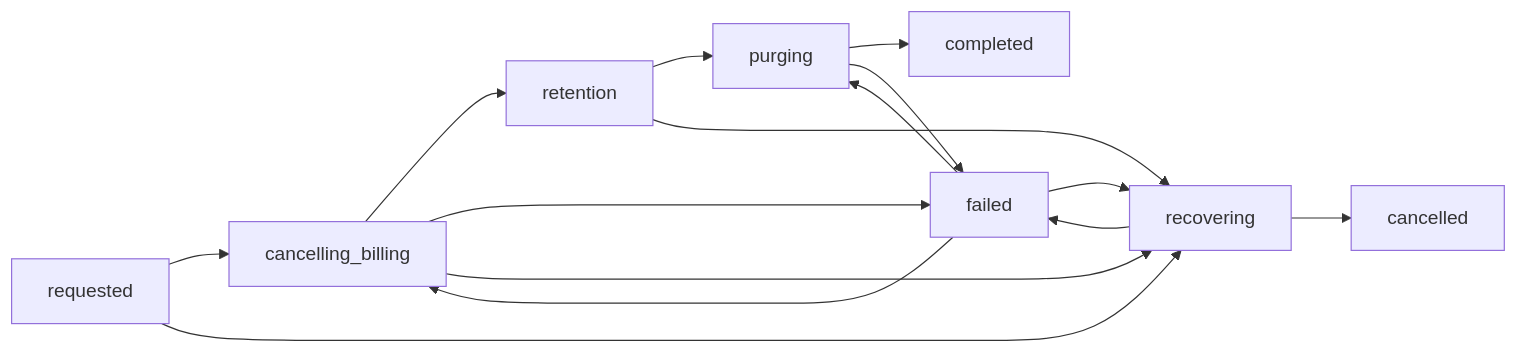
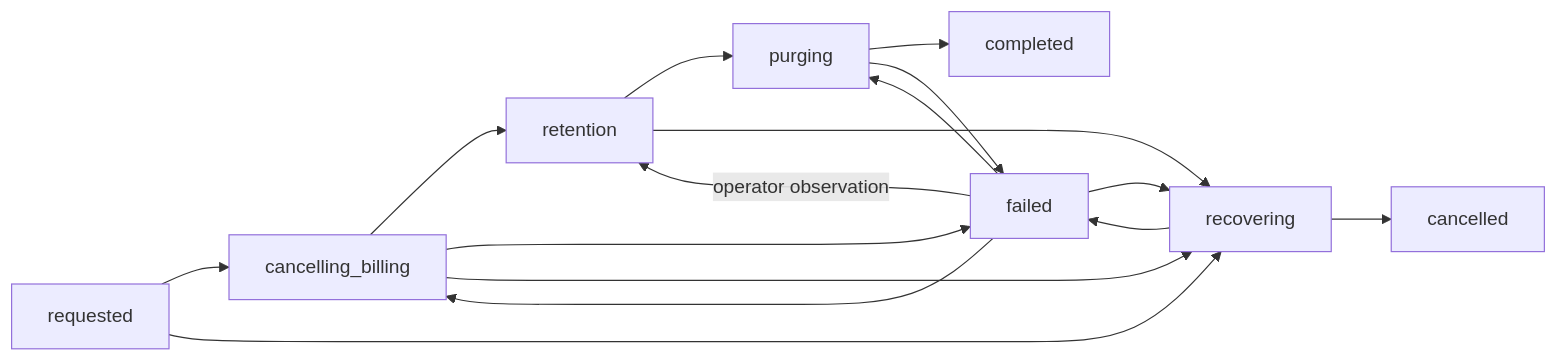
One commit to getsotto/sotto changed the diagram in docs/ORGANISATION-DELETION.md. Above: the diagram before and after it, drawn with Mermaid. The commit also changed other lines of this file, not shown here.

First line of the commit message:
Document operator retention transition

````diff
--- a/docs/ORGANISATION-DELETION.md
+++ b/docs/ORGANISATION-DELETION.md
@@ -103,17 +103,18 @@
 ```mermaid
 flowchart LR
     request[requested] --> billing[cancelling_billing]
     billing --> retention[retention]
     retention --> purge[purging]
     purge --> done[completed]
     billing --> failed[failed]
     purge --> failed
     failed --> billing
+    failed -->|operator observation| retention
     failed --> purge
     request --> recovering[recovering]
     billing --> recovering
     retention --> recovering
     failed --> recovering
     recovering --> cancelled[cancelled]
     recovering --> failed
 ```
````
